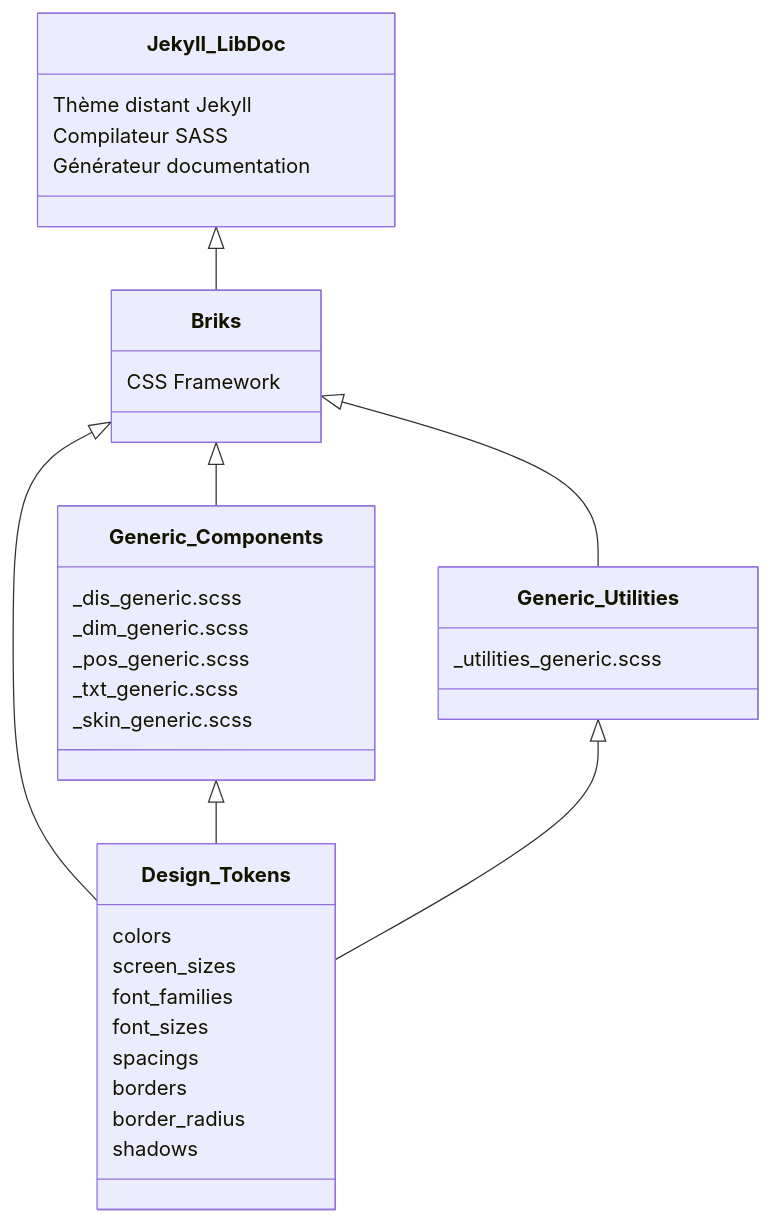
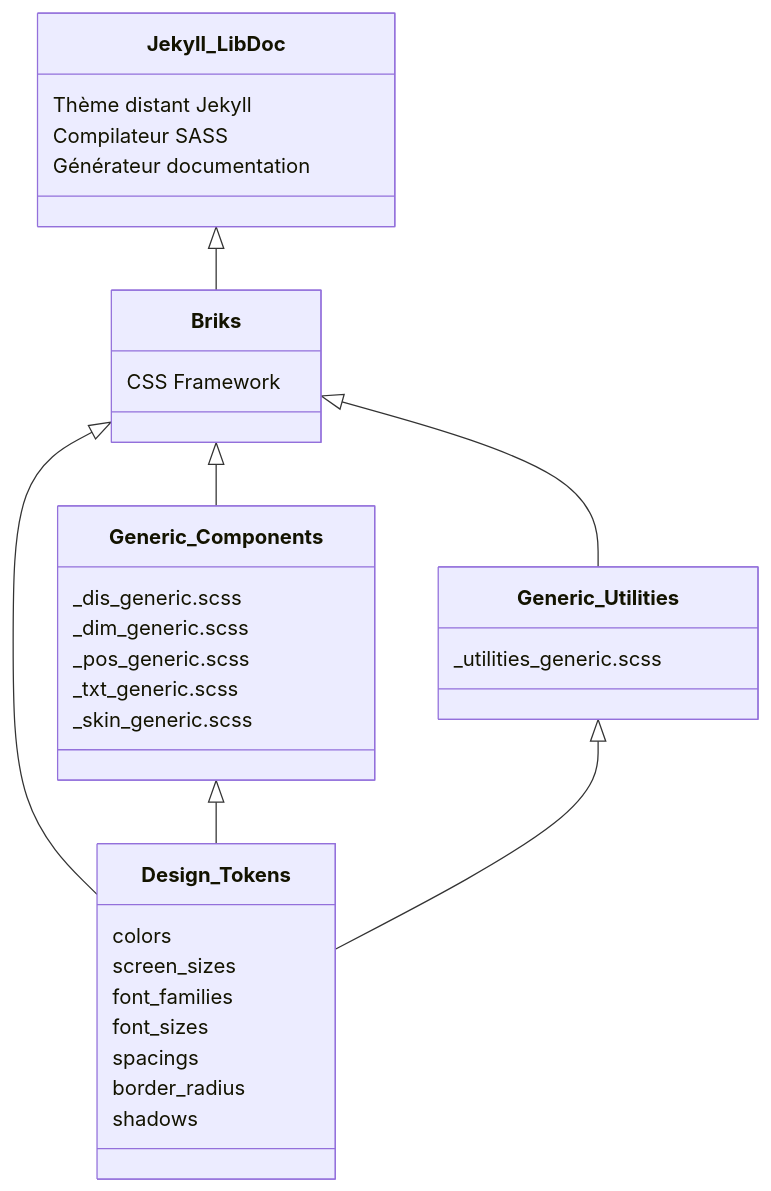
Before and after one commit to ita-design-system/starter-template: the second of 3 diagrams in README.md, drawn with Mermaid. The commit also changed other lines of this file, not shown here.

````diff
--- a/README.md
+++ b/README.md
@@ -131,37 +131,36 @@
 ```mermaid
 classDiagram
     Jekyll_LibDoc <|-- Briks
     Briks <|-- Generic_Utilities
     Briks <|-- Generic_Components
     Briks <|-- Design_Tokens
     Generic_Components <|-- Design_Tokens
     Generic_Utilities <|-- Design_Tokens
     class Jekyll_LibDoc{
         Thème distant Jekyll
         Compilateur SASS
         Générateur documentation
     }
     class Generic_Components {
         _dis_generic.scss
         _dim_generic.scss
         _pos_generic.scss
         _txt_generic.scss
         _skin_generic.scss
     }
     class Generic_Utilities {
         _utilities_generic.scss
     }
     class Briks{
         CSS Framework
     }
     class Design_Tokens {
         colors
         screen_sizes
         font_families
         font_sizes
         spacings
-        borders
         border_radius
         shadows
     }
 ```
````
